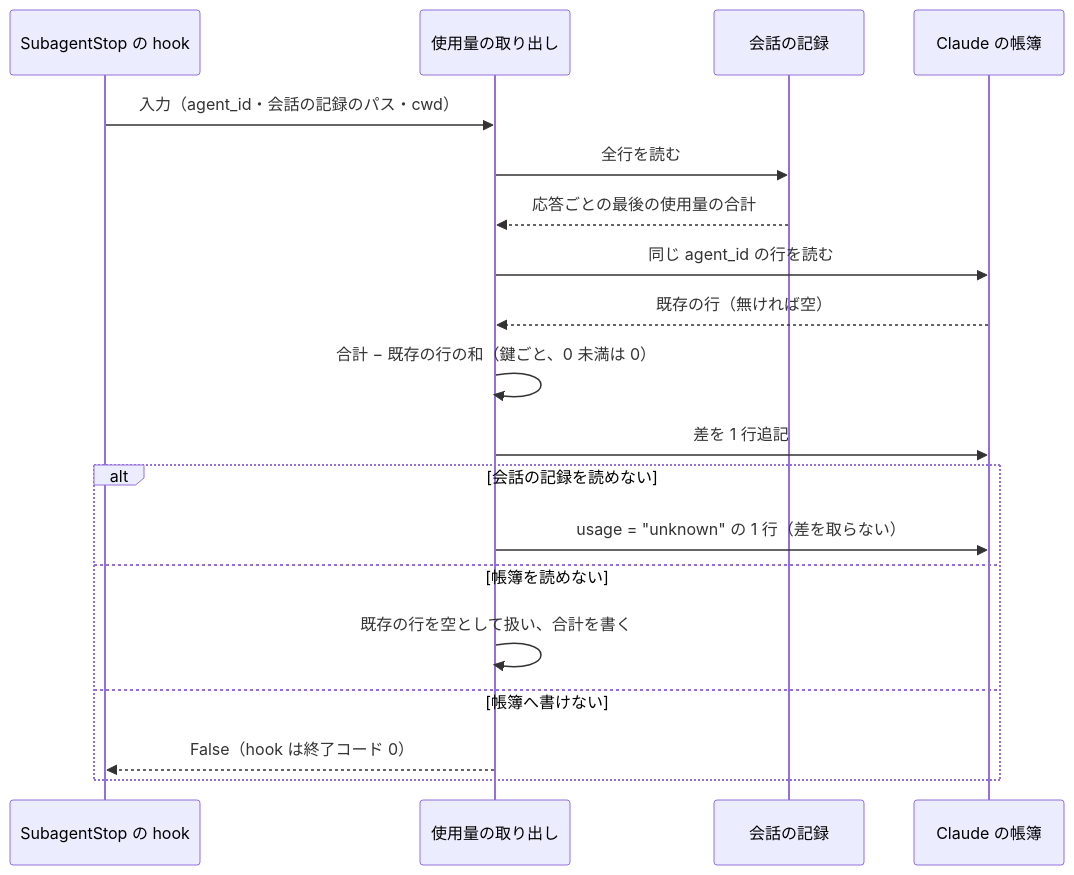
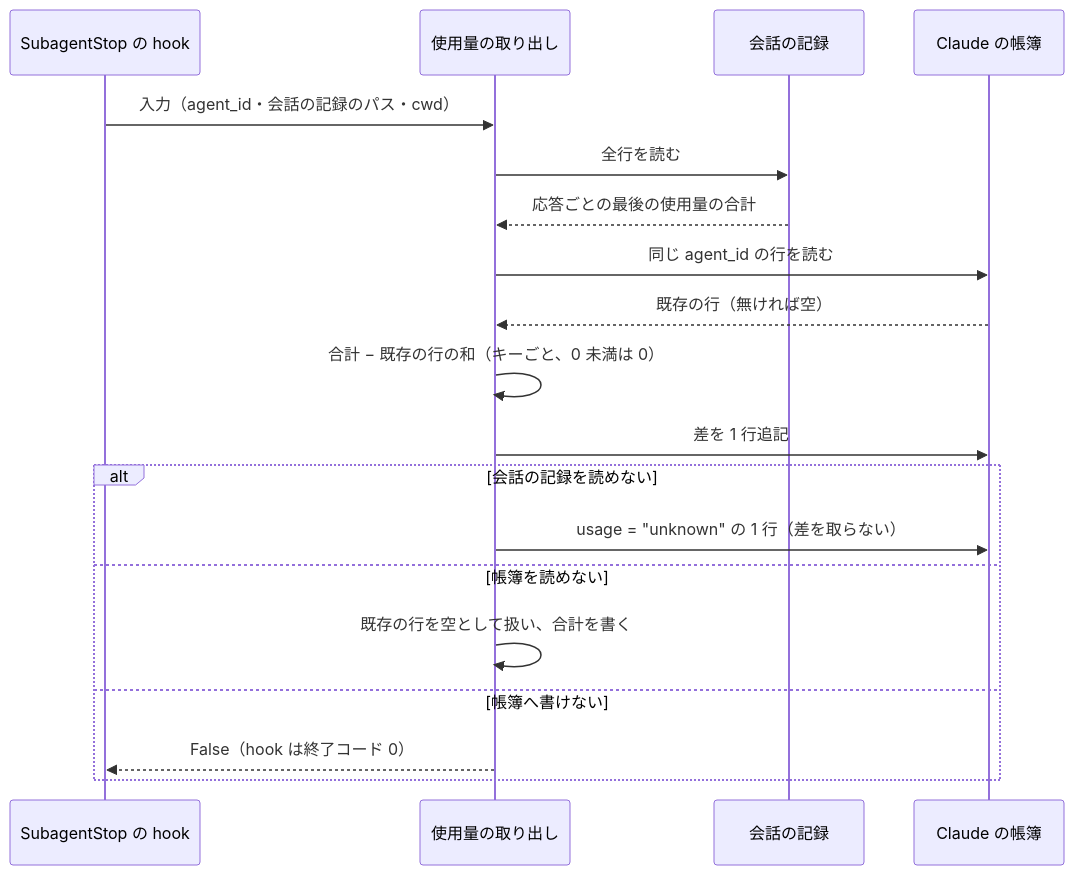
The third of 5 diagrams in issues/issue-1979-design.md (devbasex/ai-plugins), drawn with Mermaid before and after one commit. The commit also changed other lines of this file, not shown here.

````diff
--- a/issues/issue-1979-design.md
+++ b/issues/issue-1979-design.md
@@ -235,21 +257,21 @@
 ```mermaid
 sequenceDiagram
   participant H as SubagentStop の hook
   participant C as 使用量の取り出し
   participant T as 会話の記録
   participant L as Claude の帳簿
   H->>C: 入力（agent_id・会話の記録のパス・cwd）
   C->>T: 全行を読む
   T-->>C: 応答ごとの最後の使用量の合計
   C->>L: 同じ agent_id の行を読む
   L-->>C: 既存の行（無ければ空）
-  C->>C: 合計 − 既存の行の和（鍵ごと、0 未満は 0）
+  C->>C: 合計 − 既存の行の和（キーごと、0 未満は 0）
   C->>L: 差を 1 行追記
   alt 会話の記録を読めない
     C->>L: usage = "unknown" の 1 行（差を取らない）
   else 帳簿を読めない
     C->>C: 既存の行を空として扱い、合計を書く
   else 帳簿へ書けない
     C-->>H: False（hook は終了コード 0）
   end
 ```
````
